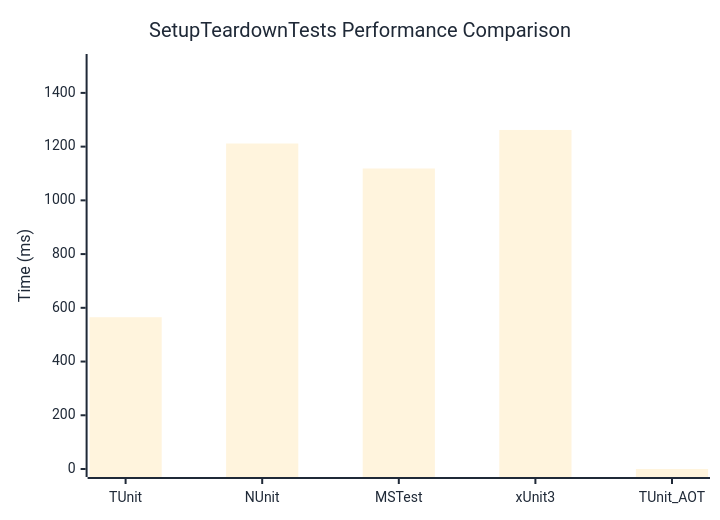
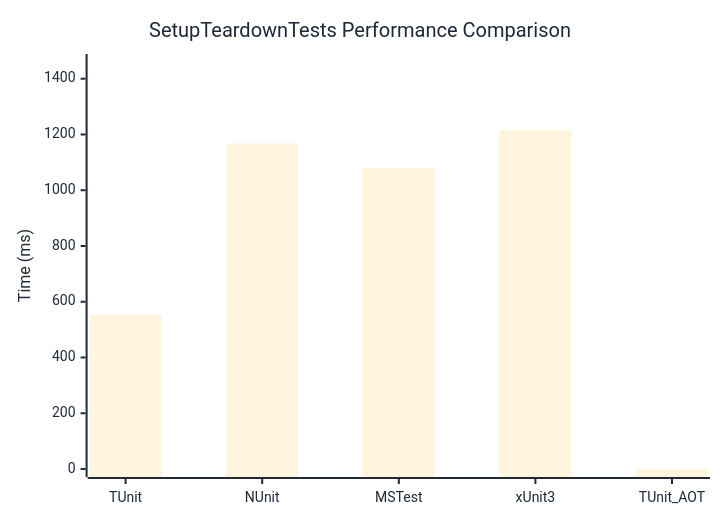
Before and after one commit to thomhurst/TUnit: the diagram in docs/docs/benchmarks/SetupTeardownTests.md, drawn with Mermaid. The commit also changed other lines of this file and 17 other files, not shown here.

````diff
--- a/docs/docs/benchmarks/SetupTeardownTests.md
+++ b/docs/docs/benchmarks/SetupTeardownTests.md
@@ -27,37 +27,37 @@
 ```mermaid
 %%{init: {
   'theme':'base',
   'themeVariables': {
     'primaryColor': '#2563eb',
     'primaryTextColor': '#1f2937',
     'primaryBorderColor': '#1e40af',
     'lineColor': '#6b7280',
     'secondaryColor': '#7c3aed',
     'tertiaryColor': '#dc2626',
     'background': '#ffffff',
     'mainBkg': '#2563eb',
     'secondBkg': '#7c3aed',
     'tertiaryBkg': '#dc2626',
     'clusterBkg': '#f3f4f6',
     'edgeLabelBackground': '#ffffff',
     'tertiaryTextColor': '#1f2937',
     'pie1': '#2563eb',
     'pie2': '#7c3aed',
     'pie3': '#dc2626',
     'pie4': '#f59e0b',
     'pie5': '#10b981',
     'pie6': '#06b6d4',
     'pie7': '#ec4899',
     'pie8': '#6366f1',
     'pie9': '#84cc16',
     'pie10': '#f97316',
     'pie11': '#14b8a6',
     'pie12': '#a855f7'
   }
 }}%%
 xychart-beta
   title "SetupTeardownTests Performance Comparison"
   x-axis ["TUnit", "NUnit", "MSTest", "xUnit3", "TUnit_AOT"]
-  y-axis "Time (ms)" 0 --> 1515
-  bar [565, 1211.6, 1118.6, 1262, 0]
+  y-axis "Time (ms)" 0 --> 1460
+  bar [552.9, 1167.8, 1079.6, 1216.1, 0]
 ```
````
